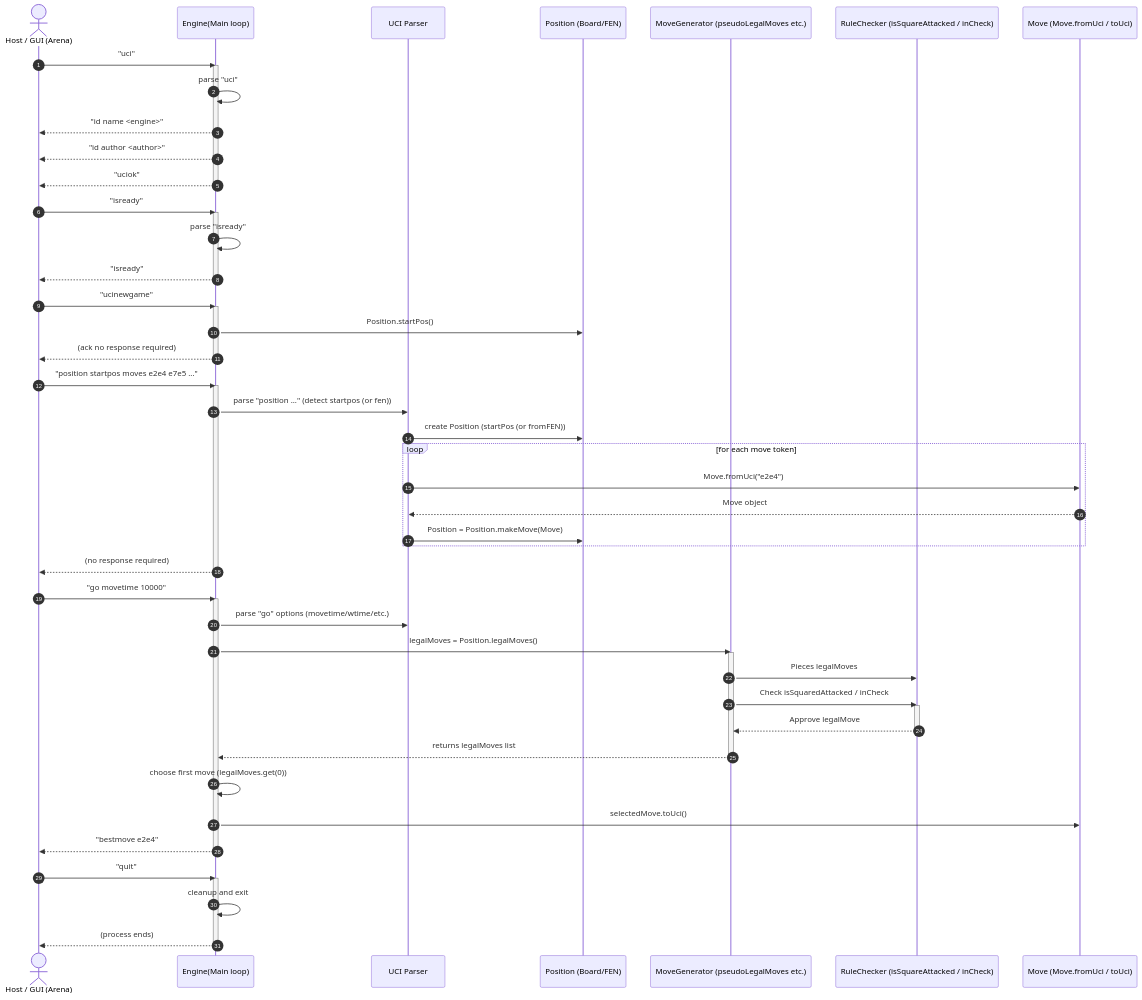
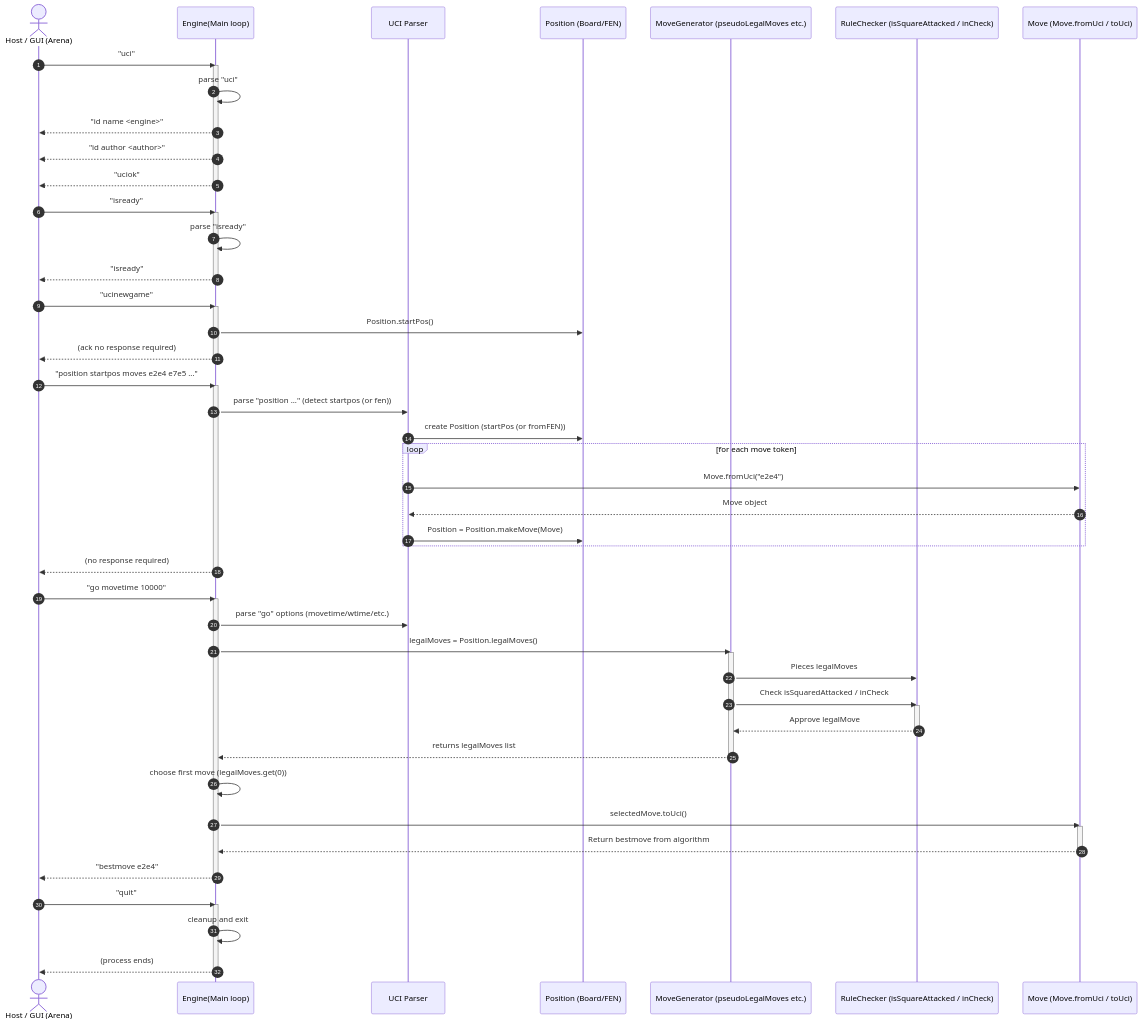
Before and after one commit to Nediaj231/ECE-4318-Grandmasters: the diagram in Seqence-Diagram.md, drawn with Mermaid.

Commit message:
Update sequence diagram
Updated missing steps? (part 2)

````diff
--- a/Seqence-Diagram.md
+++ b/Seqence-Diagram.md
@@ -3,67 +3,70 @@
 ```mermaid
 sequenceDiagram
     autonumber
     actor Host as Host / GUI (Arena)
     participant Engine as Engine(Main loop)
     participant Parser as UCI Parser
     participant Position as Position (Board/FEN)
     participant MoveGen as MoveGenerator (pseudoLegalMoves etc.)
     participant Rule as RuleChecker (isSquareAttacked / inCheck)
     participant MoveObj as Move (Move.fromUci / toUci)
 
 Host ->> Engine: "uci"
 activate Engine
 Engine ->> Engine: parse "uci"
 Engine -->> Host: "id name <engine>"
 Engine -->> Host: "id author <author>"
 Engine -->> Host: "uciok"
 deactivate Engine
 
 Host ->> Engine: "isready"
 activate Engine
 Engine ->> Engine: parse "isready"
 Engine -->> Host: "isready"
 deactivate Engine
 
 Host ->> Engine: "ucinewgame"
 activate Engine
 Engine ->> Position: Position.startPos()
 Engine -->> Host: (ack no response required)
 deactivate Engine
 
 Host ->> Engine: "position startpos moves e2e4 e7e5 ..."
 activate Engine
 Engine ->> Parser: parse "position ..." (detect startpos (or fen))
 Parser ->> Position: create Position (startPos (or fromFEN))
 loop for each move token
     Parser ->> MoveObj: Move.fromUci("e2e4")
     MoveObj -->> Parser: Move object
     Parser ->> Position: Position = Position.makeMove(Move)
 end
 Engine -->> Host: (no response required)
 deactivate Engine
 
 Host ->> Engine: "go movetime 10000"
 activate Engine
 Engine ->> Parser: parse "go" options (movetime/wtime/etc.)
 Engine ->> MoveGen: legalMoves = Position.legalMoves()
 activate MoveGen
 MoveGen ->> Rule: Pieces legalMoves
 MoveGen ->> Rule: Check isSquaredAttacked / inCheck
 activate Rule
 Rule -->> MoveGen: Approve legalMove
 deactivate Rule
 MoveGen -->> Engine: returns legalMoves list
 deactivate MoveGen
 Engine ->> Engine: choose first move (legalMoves.get(0))
 Engine ->> MoveObj: selectedMove.toUci()
+activate MoveObj
+MoveObj -->> Engine: Return bestmove from algorithm
+deactivate MoveObj
 Engine -->> Host: "bestmove e2e4"
 deactivate Engine
 
 Host ->> Engine: "quit"
 activate Engine
 Engine ->> Engine: cleanup and exit
 Engine -->> Host: (process ends)
 deactivate Engine
 
 ```
````
